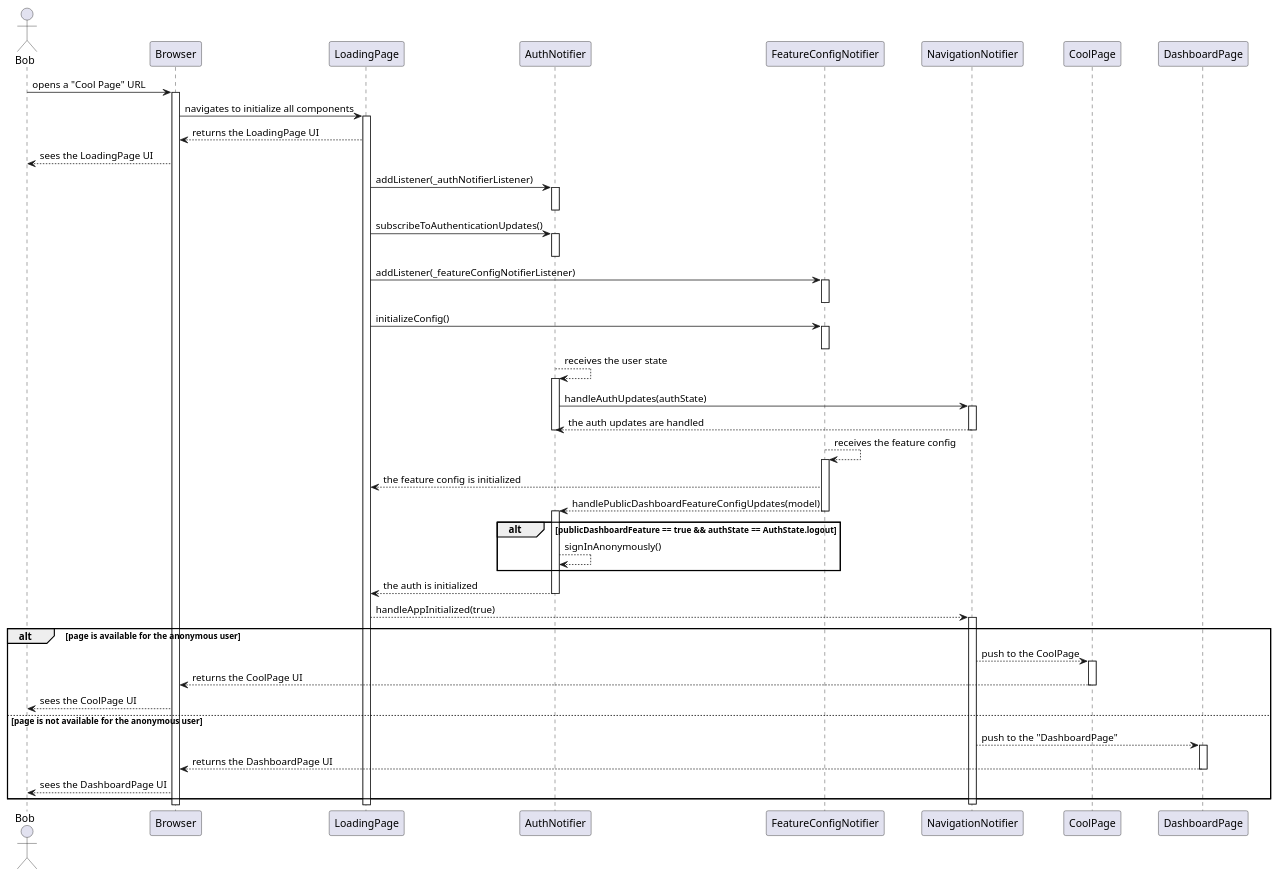
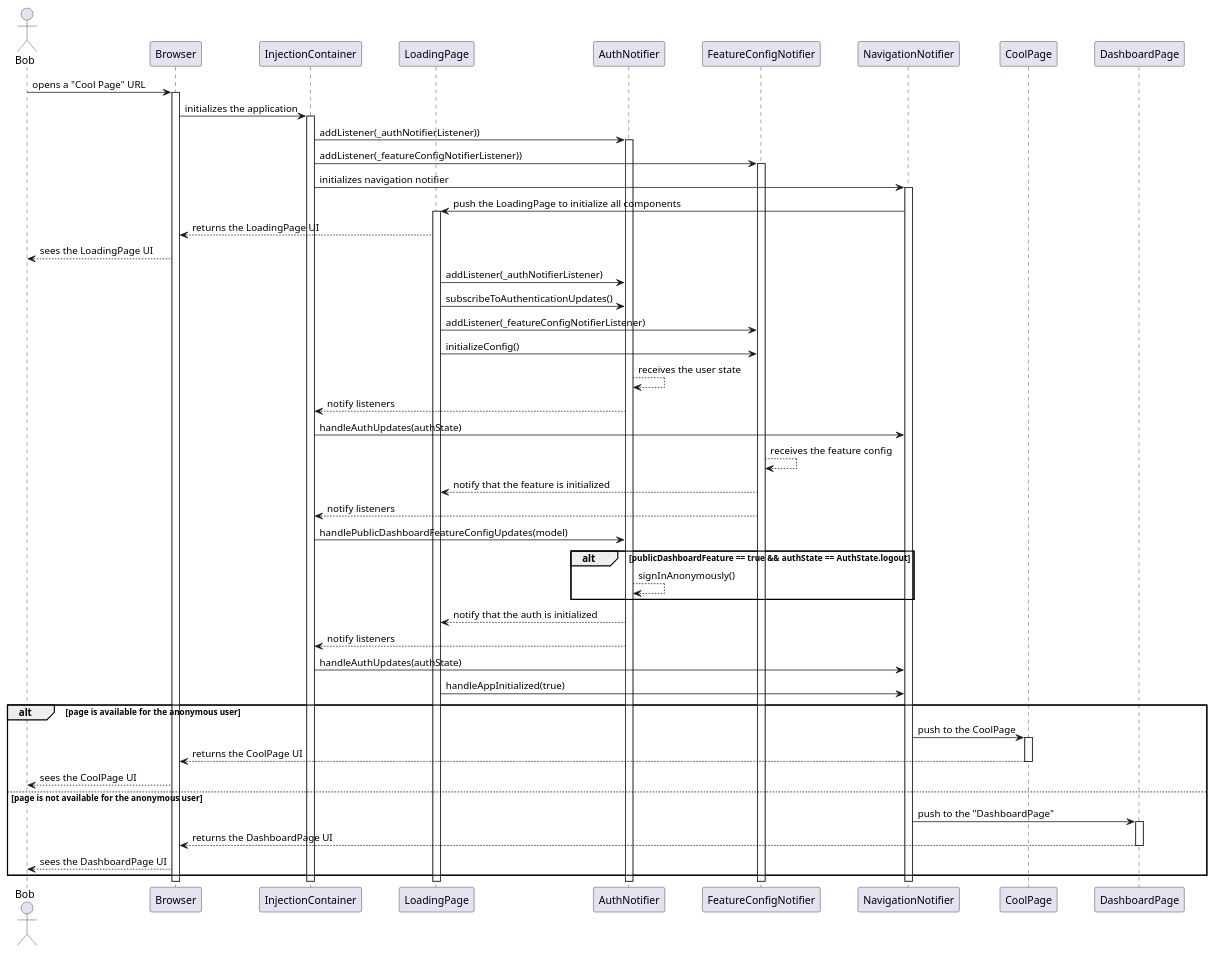
One commit to Flank/flank-dashboard changed the diagram in metrics/web/docs/features/public_dashboard/diagrams/public_dashboard_sequence_diagram.puml. Above: the diagram before and after it, drawn with PlantUML. The commit also changed 1 other file, not shown here.

Commit message:
Change the sequence diagram

```diff
--- a/metrics/web/docs/features/public_dashboard/diagrams/public_dashboard_sequence_diagram.puml
+++ b/metrics/web/docs/features/public_dashboard/diagrams/public_dashboard_sequence_diagram.puml
@@ -1,59 +1,59 @@
 @startuml public_dashboard_sequence_diagram
 
 skinparam ParticipantPadding 20
 skinparam BoxPadding 10
 
 actor Bob
 
 participant Browser
+participant InjectionContainer
 participant LoadingPage
 participant AuthNotifier
 participant FeatureConfigNotifier
 participant NavigationNotifier
 participant CoolPage
 participant DashboardPage
 
 Bob -> Browser ++:  opens a "Cool Page" URL
-Browser -> LoadingPage ++: navigates to initialize all components
+Browser -> InjectionContainer ++: initializes the application
+InjectionContainer -> AuthNotifier ++: addListener(_authNotifierListener))
+InjectionContainer -> FeatureConfigNotifier ++: addListener(_featureConfigNotifierListener))
+InjectionContainer -> NavigationNotifier ++: initializes navigation notifier
+NavigationNotifier -> LoadingPage ++: push the LoadingPage to initialize all components
 LoadingPage --> Browser: returns the LoadingPage UI
 Browser --> Bob: sees the LoadingPage UI
 
-LoadingPage -> AuthNotifier ++: addListener(_authNotifierListener)
-AuthNotifier --
-LoadingPage -> AuthNotifier ++: subscribeToAuthenticationUpdates()
-AuthNotifier --
-LoadingPage -> FeatureConfigNotifier ++: addListener(_featureConfigNotifierListener)
-FeatureConfigNotifier --
-LoadingPage -> FeatureConfigNotifier ++: initializeConfig()
-FeatureConfigNotifier --
+LoadingPage -> AuthNotifier: addListener(_authNotifierListener)
+LoadingPage -> AuthNotifier: subscribeToAuthenticationUpdates()
+LoadingPage -> FeatureConfigNotifier: addListener(_featureConfigNotifierListener)
+LoadingPage -> FeatureConfigNotifier: initializeConfig()
 
-AuthNotifier --> AuthNotifier ++: receives the user state
-AuthNotifier -> NavigationNotifier ++: handleAuthUpdates(authState)
-NavigationNotifier --> AuthNotifier --: the auth updates are handled
-AuthNotifier --
+AuthNotifier --> AuthNotifier: receives the user state
+AuthNotifier --> InjectionContainer: notify listeners
+InjectionContainer -> NavigationNotifier: handleAuthUpdates(authState)
 
-FeatureConfigNotifier --> FeatureConfigNotifier ++: receives the feature config
-FeatureConfigNotifier --> LoadingPage: the feature config is initialized
-FeatureConfigNotifier --> AuthNotifier --: handlePublicDashboardFeatureConfigUpdates(model)
-AuthNotifier++
+FeatureConfigNotifier --> FeatureConfigNotifier: receives the feature config
+FeatureConfigNotifier --> LoadingPage: notify that the feature is initialized
+FeatureConfigNotifier --> InjectionContainer: notify listeners
+InjectionContainer -> AuthNotifier: handlePublicDashboardFeatureConfigUpdates(model)
 
 alt publicDashboardFeature == true && authState == AuthState.logout
 AuthNotifier --> AuthNotifier: signInAnonymously()
 end
 
-AuthNotifier --> LoadingPage --: the auth is initialized
-LoadingPage --> NavigationNotifier ++: handleAppInitialized(true)
+AuthNotifier --> LoadingPage: notify that the auth is initialized
+AuthNotifier --> InjectionContainer: notify listeners
+InjectionContainer -> NavigationNotifier: handleAuthUpdates(authState)
+LoadingPage -> NavigationNotifier: handleAppInitialized(true)
 
 alt page is available for the anonymous user
-NavigationNotifier --> CoolPage ++: push to the CoolPage
+NavigationNotifier -> CoolPage ++: push to the CoolPage
 CoolPage --> Browser --: returns the CoolPage UI
 Browser --> Bob: sees the CoolPage UI
 else page is not available for the anonymous user
-NavigationNotifier --> DashboardPage ++: push to the "DashboardPage"
+NavigationNotifier -> DashboardPage ++: push to the "DashboardPage"
 DashboardPage --> Browser --: returns the DashboardPage UI
 Browser --> Bob: sees the DashboardPage UI
 end
 
-NavigationNotifier --
-
 @enduml
```
